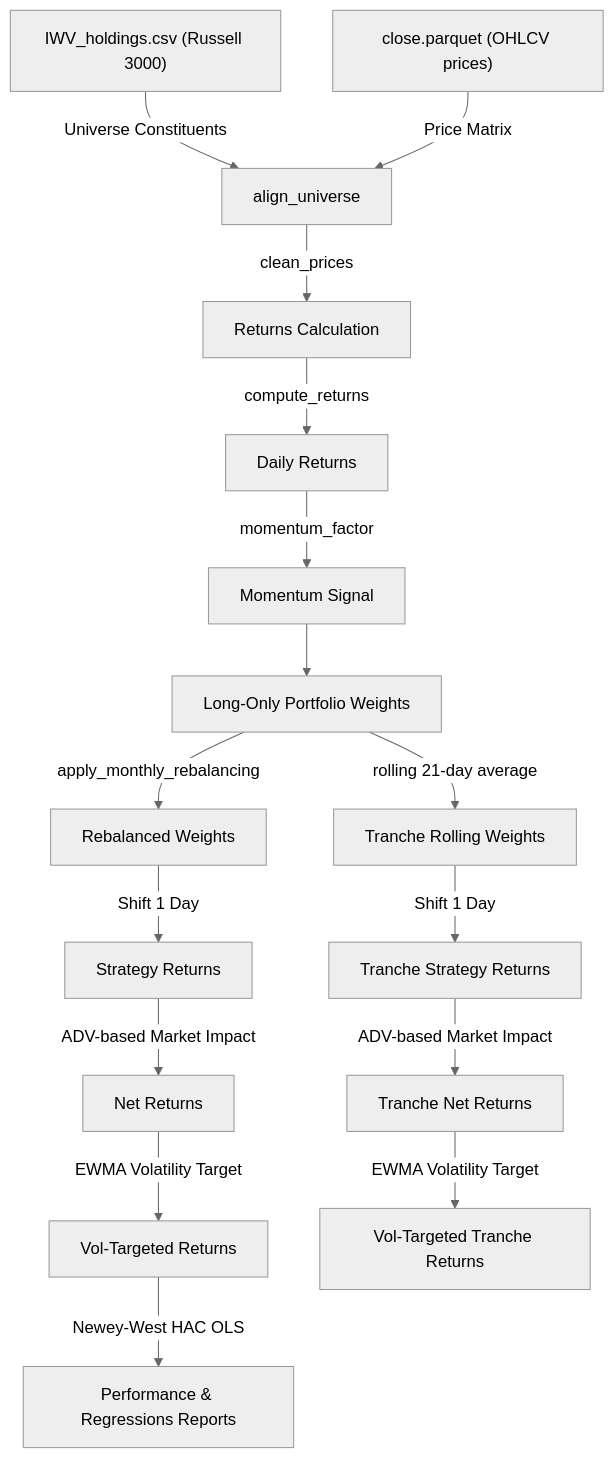
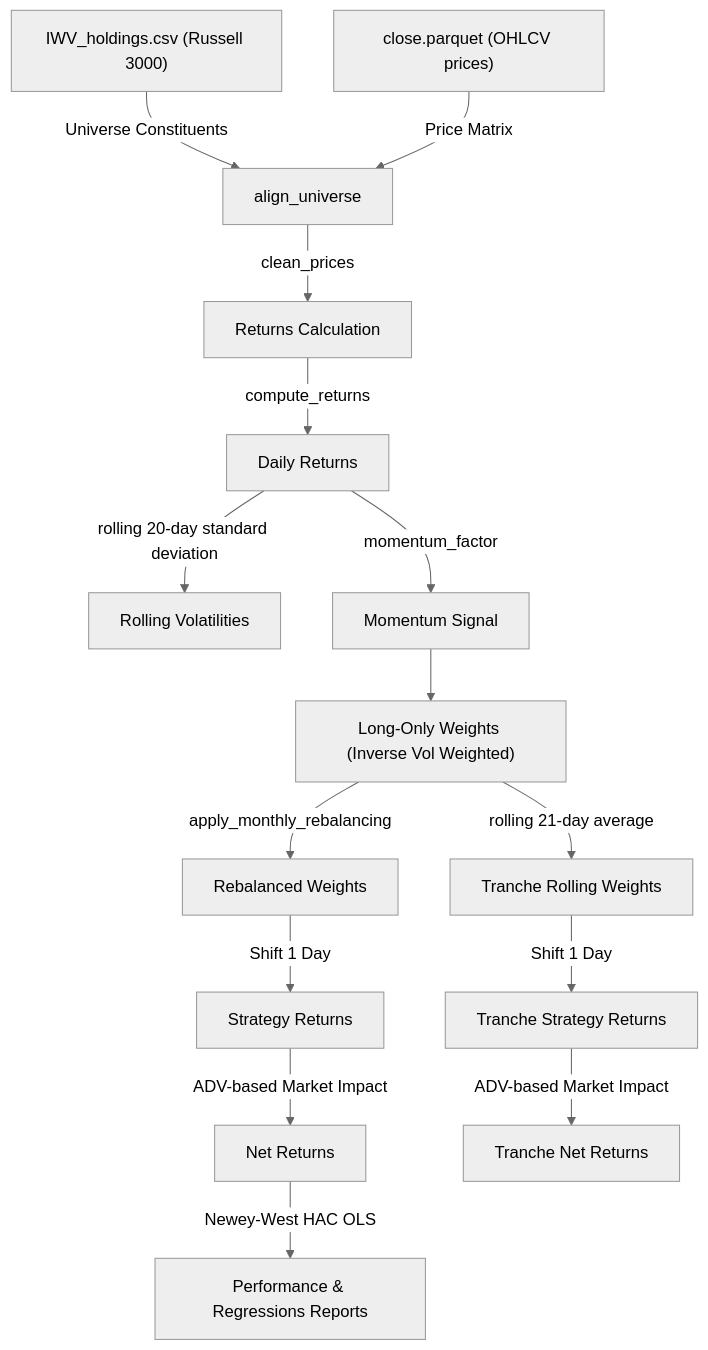
Before and after one commit to gkompo/empirical-asset-pricing-momentum: the diagram in README.md, drawn with Mermaid (neutral theme). The commit also changed other lines of this file and 15 other files, not shown here.

Commit message:
Update platform to use Inverse Volatility Weighting, remove vol targeting and sector concentration, set quantile AUM to 1M, set capacity decay to 1B, and clean repo

````diff
--- a/README.md
+++ b/README.md
@@ -9,18 +9,17 @@
 ```mermaid
 graph TD
     A["IWV_holdings.csv (Russell 3000)"] -->|Universe Constituents| C[align_universe]
     B["close.parquet (OHLCV prices)"] -->|Price Matrix| C
     C -->|clean_prices| D[Returns Calculation]
     D -->|compute_returns| E[Daily Returns]
+    E -->|rolling 20-day standard deviation| E2[Rolling Volatilities]
     E -->|momentum_factor| F[Momentum Signal]
-    F --> H[Long-Only Portfolio Weights]
+    F --> H["Long-Only Weights (Inverse Vol Weighted)"]
     H -->|apply_monthly_rebalancing| I[Rebalanced Weights]
     H -->|rolling 21-day average| I2[Tranche Rolling Weights]
     I -->|Shift 1 Day| J[Strategy Returns]
     I2 -->|Shift 1 Day| J2[Tranche Strategy Returns]
     J -->|ADV-based Market Impact| K[Net Returns]
     J2 -->|ADV-based Market Impact| K2[Tranche Net Returns]
-    K -->|EWMA Volatility Target| L[Vol-Targeted Returns]
-    K2 -->|EWMA Volatility Target| L2[Vol-Targeted Tranche Returns]
-    L -->|Newey-West HAC OLS| M[Performance & Regressions Reports]
+    K -->|Newey-West HAC OLS| M[Performance & Regressions Reports]
 ```
````
